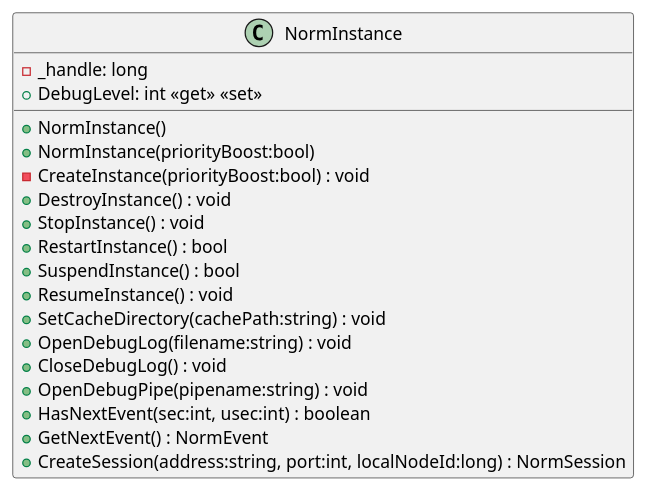
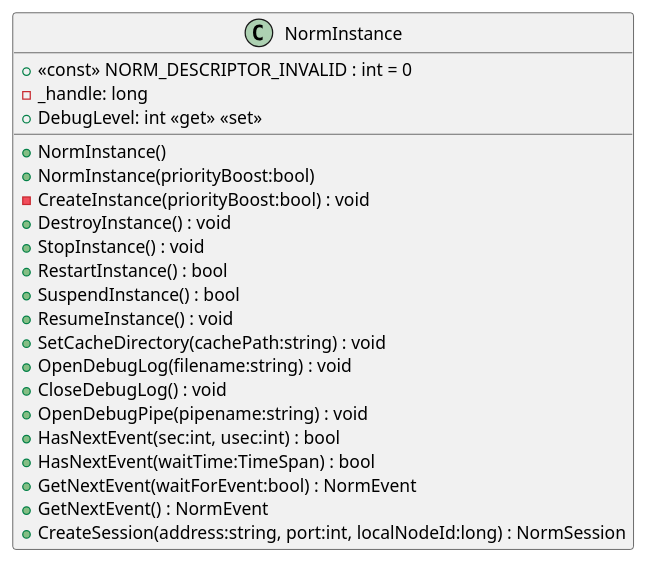
One commit to USNavalResearchLaboratory/norm changed the diagram in src/dotnet/design/Mil/Navy/Nrl/Norm/NormInstance.puml. Above: the diagram before and after it, drawn with PlantUML. The commit also changed 41 other files, not shown here.

```diff
--- a/src/dotnet/design/Mil/Navy/Nrl/Norm/NormInstance.puml
+++ b/src/dotnet/design/Mil/Navy/Nrl/Norm/NormInstance.puml
@@ -1,21 +1,24 @@
 @startuml
 class NormInstance {
+    + <<const>> NORM_DESCRIPTOR_INVALID : int = 0
     - _handle: long
     + NormInstance()
     + NormInstance(priorityBoost:bool)
     - CreateInstance(priorityBoost:bool) : void
     + DestroyInstance() : void
     + StopInstance() : void
     + RestartInstance() : bool
     + SuspendInstance() : bool
     + ResumeInstance() : void
     + SetCacheDirectory(cachePath:string) : void
     + OpenDebugLog(filename:string) : void
     + CloseDebugLog() : void
     + OpenDebugPipe(pipename:string) : void
     + DebugLevel: int <<get>> <<set>>
-    + HasNextEvent(sec:int, usec:int) : boolean
+    + HasNextEvent(sec:int, usec:int) : bool
+    + HasNextEvent(waitTime:TimeSpan) : bool
+    + GetNextEvent(waitForEvent:bool) : NormEvent
     + GetNextEvent() : NormEvent
     + CreateSession(address:string, port:int, localNodeId:long) : NormSession
 }
 @enduml
```
